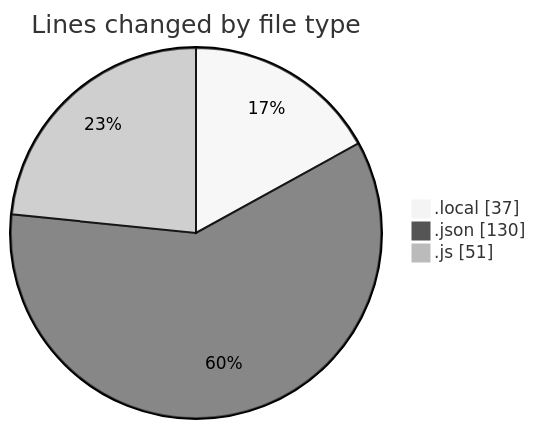
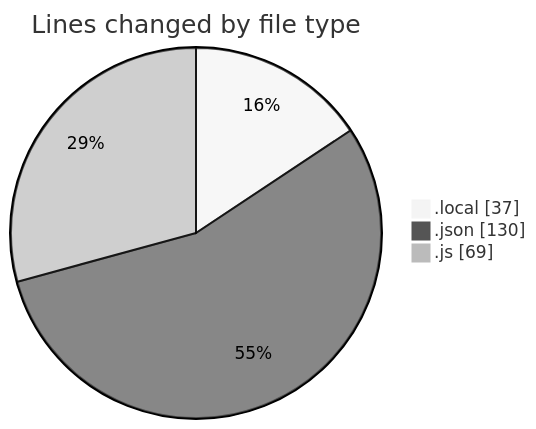
Before and after one commit to becaeroporto-bot/code-tracking: the first of 2 diagrams in 2026-02-17/id_ia/README.md, drawn with Mermaid (neutral theme). The commit also changed other lines of this file and 1 other file, not shown here.

````diff
--- a/2026-02-17/id_ia/README.md
+++ b/2026-02-17/id_ia/README.md
@@ -22,7 +22,7 @@
 ```mermaid
 pie showData
 title Lines changed by file type
 ".local" : 37
 ".json" : 130
-".js" : 51
+".js" : 69
 ```
````
